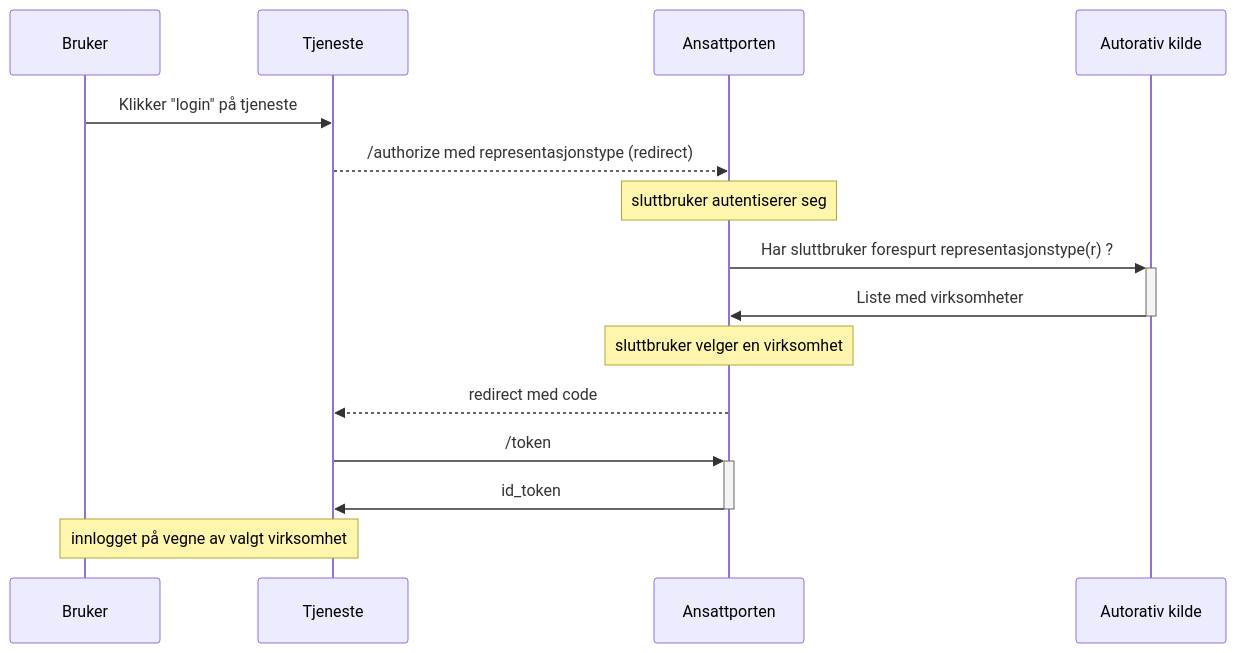
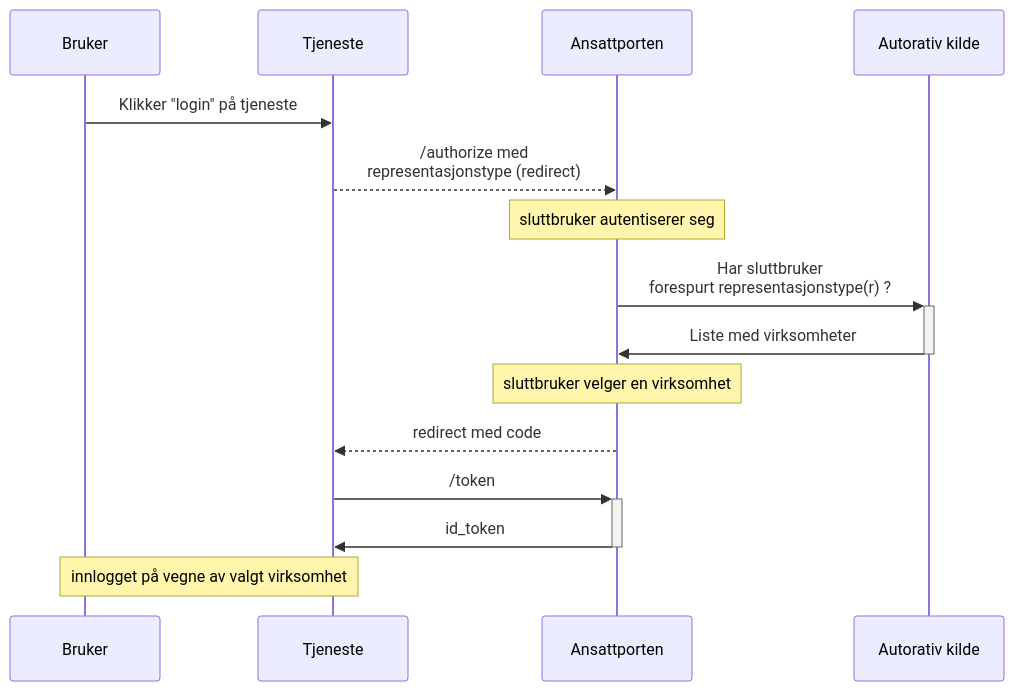
The diagram in _docs/ansattporten/ansattporten_representasjon.md (joergenb/docs), drawn with Mermaid before and after one commit.

```diff
--- a/_docs/ansattporten/ansattporten_representasjon.md
+++ b/_docs/ansattporten/ansattporten_representasjon.md
@@ -36,20 +36,20 @@
 <div class="mermaid">
 sequenceDiagram
 
 participant B as Bruker
 participant C as Tjeneste
 participant A as Ansattporten
 participant S as Autorativ kilde
 
 B->>C: Klikker "login" på tjeneste
-C-->>A: /authorize med representasjonstype (redirect)
+C-->>A: /authorize med <br/>representasjonstype (redirect)
 note over A: sluttbruker autentiserer seg
-A->>+S: Har sluttbruker forespurt representasjonstype(r) ?
+A->>+S: Har sluttbruker <br/>forespurt representasjonstype(r) ?
 S->>-A: Liste med virksomheter
 note over A: sluttbruker velger en virksomhet
 A-->>C: redirect med code
 C->>+A: /token
 A->>-C: id_token
 note over B,C: innlogget på vegne av valgt virksomhet
 
 </div>
```
